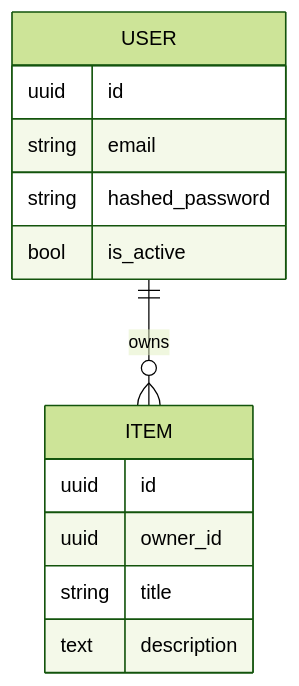
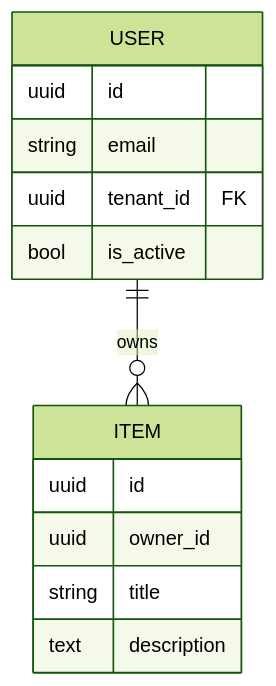
Before and after one commit to Real-Solutions-PH/full-stack-fastapi-template: the diagram in docs/08-data-model.md, drawn with Mermaid (forest theme). The commit also changed other lines of this file and 5 other files, not shown here.

First line of the commit message:
docs: align schema/RLS docs with the shipped state (whole-branch review)

````diff
--- a/docs/08-data-model.md
+++ b/docs/08-data-model.md
@@ -5,16 +5,16 @@
 ```mermaid
 erDiagram
   USER ||--o{ ITEM : owns
   USER {
     uuid id
     string email
-    string hashed_password
+    uuid tenant_id FK
     bool is_active
   }
   ITEM {
     uuid id
     uuid owner_id
     string title
     text description
   }
 ```
````
